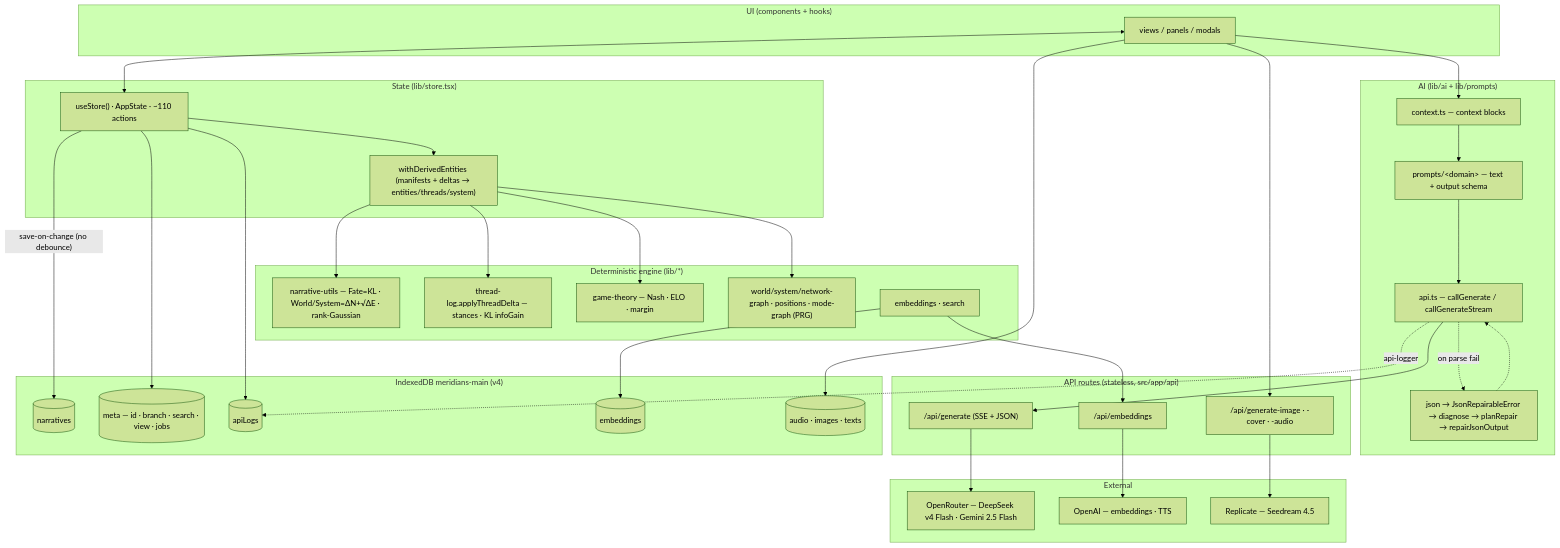
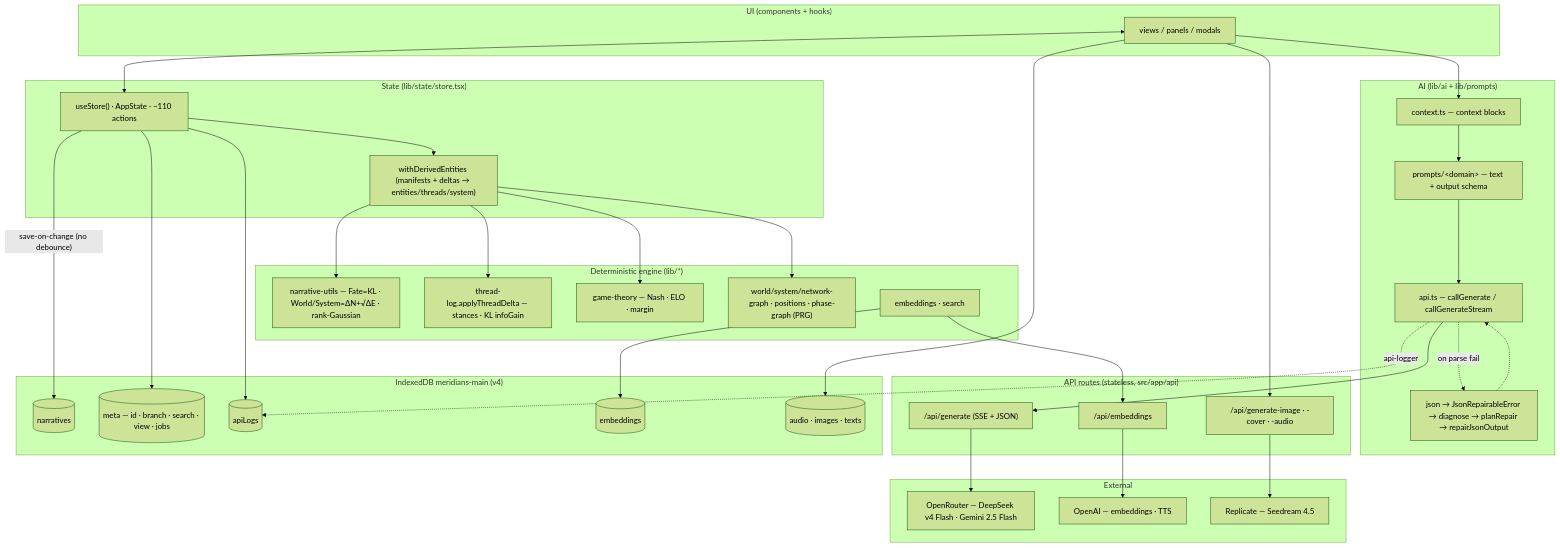
The seventh of 7 diagrams in MERMAID.md (jasonyu0100/meridians), drawn with Mermaid (forest theme) before and after one commit. The commit also changed other lines of this file and 373 other files, not shown here.

````diff
--- a/MERMAID.md
+++ b/MERMAID.md
@@ -172,53 +172,53 @@
 ```mermaid
 flowchart TB
     subgraph UI["UI (components + hooks)"]
         Views["views / panels / modals"]
     end
-    subgraph State["State (lib/store.tsx)"]
+    subgraph State["State (lib/state/store.tsx)"]
         Store["useStore() · AppState · ~110 actions"]
         Derive["withDerivedEntities (manifests + deltas → entities/threads/system)"]
     end
     subgraph Engine["Deterministic engine (lib/*)"]
         Forces["narrative-utils — Fate=KL · World/System=ΔN+√ΔE · rank-Gaussian"]
         ThreadLog["thread-log.applyThreadDelta — stances · KL infoGain"]
         GT["game-theory — Nash · ELO · margin"]
-        Graphs["world/system/network-graph · positions · mode-graph (PRG)"]
+        Graphs["world/system/network-graph · positions · phase-graph (PRG)"]
         SearchE["embeddings · search"]
     end
     subgraph AI["AI (lib/ai + lib/prompts)"]
         Ctx["context.ts — context blocks"]
         Prompts["prompts/&lt;domain&gt; — text + output schema"]
         ApiTs["api.ts — callGenerate / callGenerateStream"]
         Repair["json → JsonRepairableError → diagnose → planRepair → repairJsonOutput"]
     end
     subgraph Routes["API routes (stateless, src/app/api)"]
         RGen["/api/generate (SSE + JSON)"]
         REmb["/api/embeddings"]
         RImg["/api/generate-image · -cover · -audio"]
     end
     subgraph Ext["External"]
         OR["OpenRouter — DeepSeek v4 Flash · Gemini 2.5 Flash"]
         OAI["OpenAI — embeddings · TTS"]
         Rep["Replicate — Seedream 4.5"]
     end
     subgraph Persist["IndexedDB meridians-main (v4)"]
         S1[("narratives")]
         S2[("meta — id · branch · search · view · jobs")]
         S3[("apiLogs")]
         S4[("embeddings")]
         S567[("audio · images · texts")]
     end
 
     Views <--> Store
     Store --> Derive
     Derive --> Forces & ThreadLog & GT & Graphs
     Views --> Ctx --> Prompts --> ApiTs --> RGen --> OR
     ApiTs -.->|"on parse fail"| Repair -.-> ApiTs
     SearchE --> REmb --> OAI
     Views --> RImg --> Rep
     Store -->|"save-on-change (no debounce)"| S1
     Store --> S2 & S3
     SearchE --> S4
     Views --> S567
     ApiTs -.->|"api-logger"| S3
 ```
````
